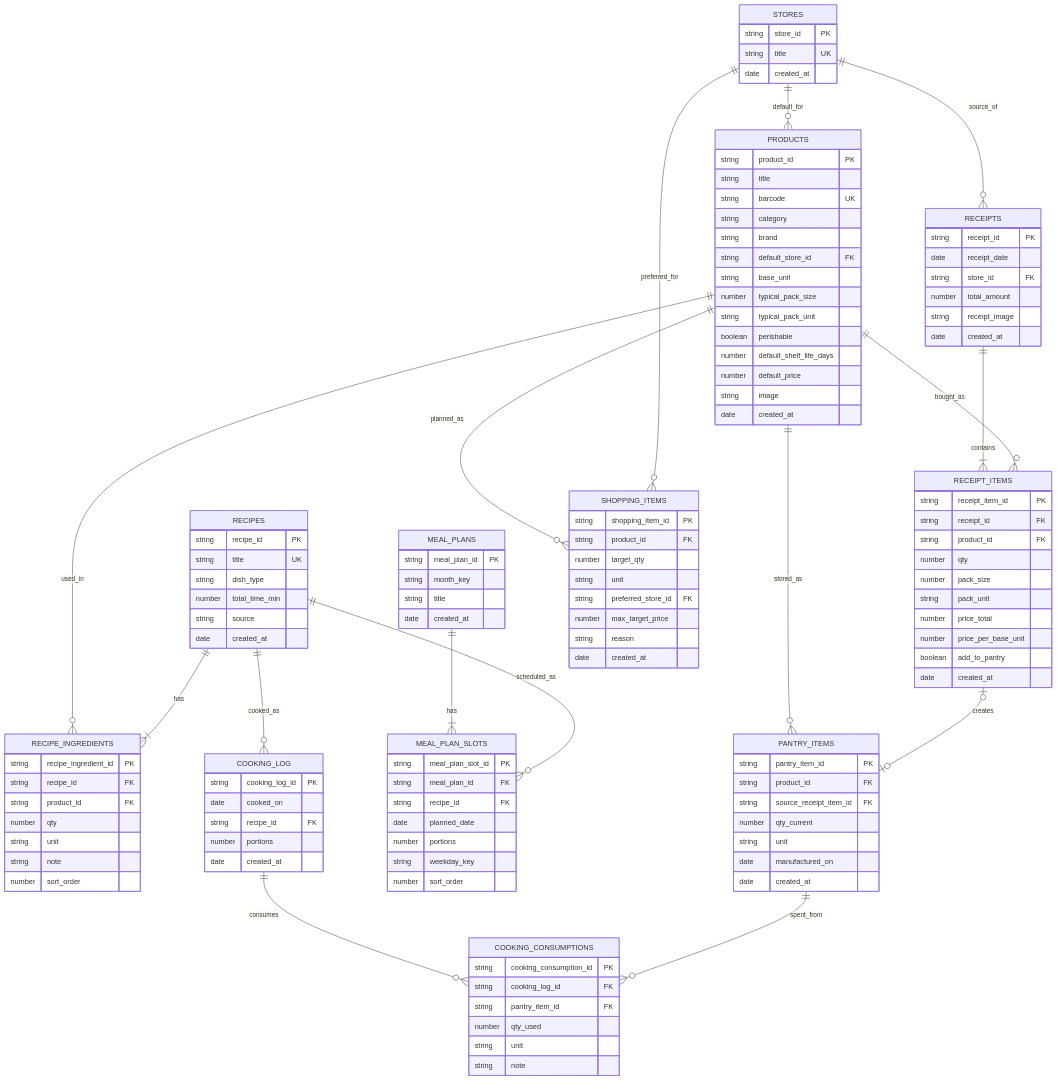
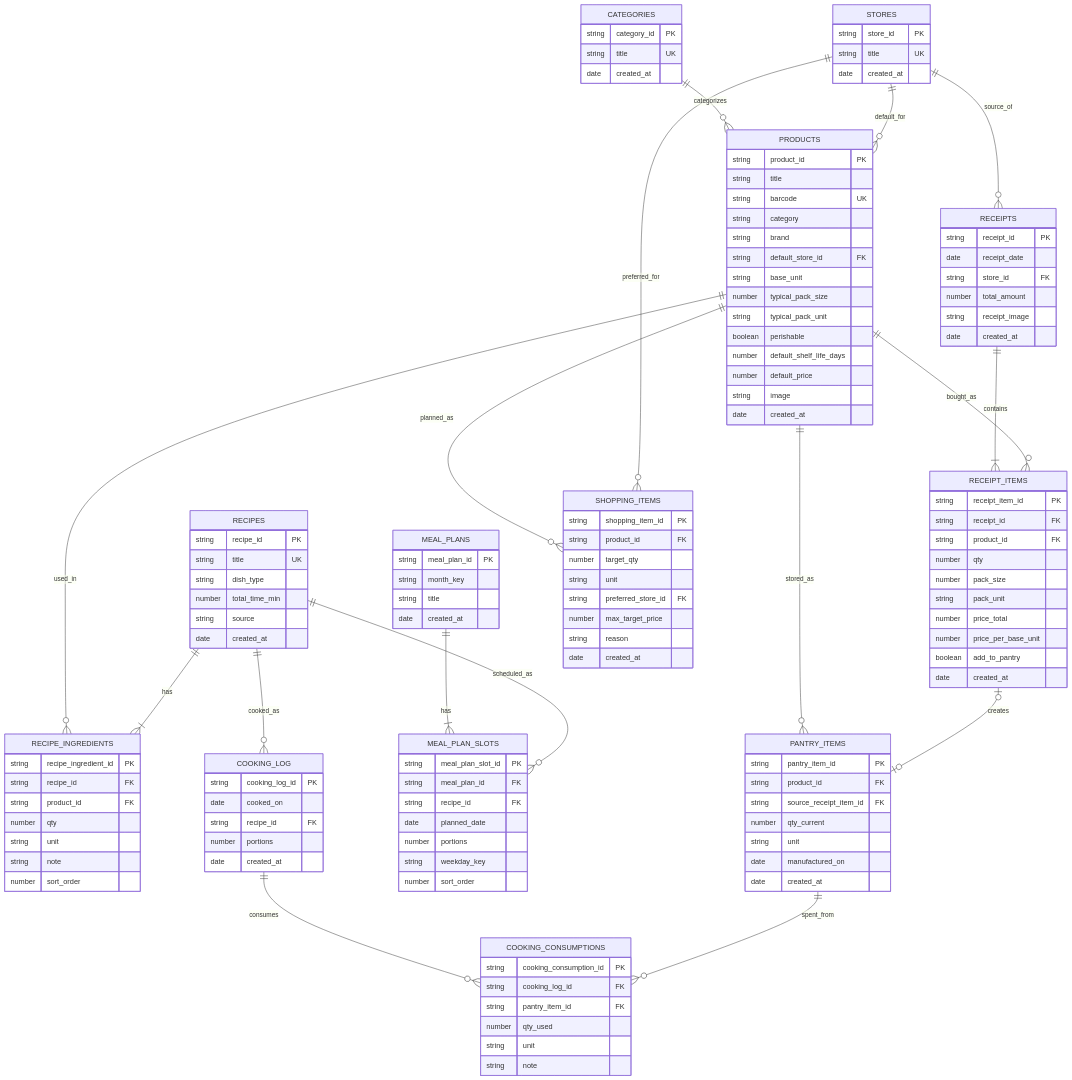
Before and after one commit to smeryse/Knowledge-Base: the diagram in Projects/Кухня/Docs/Schema.md, drawn with Mermaid. The commit also changed other lines of this file, not shown here.

Commit message:
fix(Schema): add CATEGORIES entity to ER diagram and tables section

```diff
--- a/Projects/Кухня/Docs/Schema.md
+++ b/Projects/Кухня/Docs/Schema.md
@@ -70,6 +70,12 @@
         number default_shelf_life_days
         number default_price
         string image
+        date created_at
+    }
+
+    CATEGORIES {
+        string category_id PK
+        string title UK
         date created_at
     }
 
@@ -175,6 +181,7 @@
         date created_at
     }
 
+    CATEGORIES ||--o{ PRODUCTS : categorizes
     STORES ||--o{ PRODUCTS : default_for
     STORES ||--o{ RECEIPTS : source_of
     PRODUCTS ||--o{ RECIPE_INGREDIENTS : used_in
```
